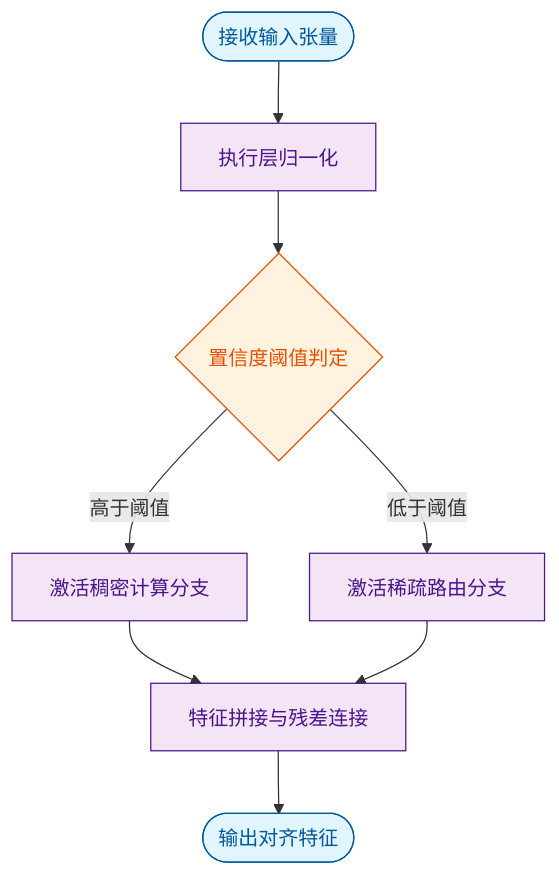
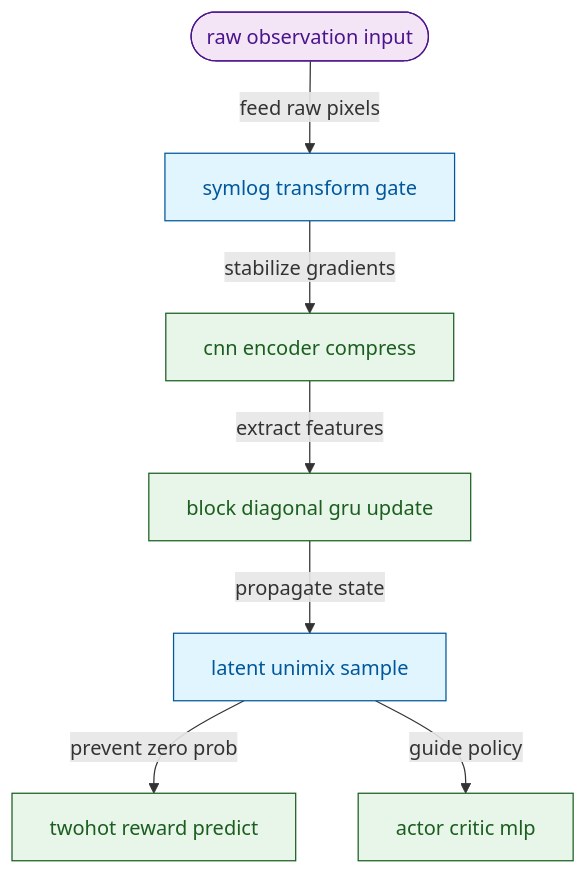
Before and after one commit to ShinewineW/paper-rolling: the eighth of 10 diagrams in person_vault/2026-06-08_MasteringDiverseDomainsThroughWorldModels_2301.04104/report.md, drawn with Mermaid. The commit also changed other lines of this file and 51 other files, not shown here.

````diff
--- a/person_vault/2026-06-08_MasteringDiverseDomainsThroughWorldModels_2301.04104/report.md
+++ b/person_vault/2026-06-08_MasteringDiverseDomainsThroughWorldModels_2301.04104/report.md
@@ -348,22 +555,21 @@
 ```mermaid
 flowchart TD
-    classDef start fill:#e1f5fe,stroke:#01579b,color:#01579b
-    classDef process fill:#f3e5f5,stroke:#4a148c,color:#4a148c
-    classDef decision fill:#fff3e0,stroke:#e65100,color:#e65100
-    classDef data fill:#e8f5e9,stroke:#1b5e20,color:#1b5e20
+  classDef start fill:#f3e5f5,stroke:#4a148c,color:#4a148c
+  classDef gate fill:#e1f5fe,stroke:#01579b,color:#01579b
+  classDef process fill:#e8f5e9,stroke:#1b5e20,color:#1b5e20
 
-    input_tensor(["接收输入张量"]):::start
-    norm_layer["执行层归一化"]:::process
-    gate_check{置信度阈值判定}:::decision
-    dense_path["激活稠密计算分支"]:::process
-    sparse_path["激活稀疏路由分支"]:::process
-    merge_out["特征拼接与残差连接"]:::process
-    output_tensor(["输出对齐特征"]):::start
+  obs_input(["raw observation input"]):::start
+  symlog_gate["symlog transform gate"]:::gate
+  cnn_encoder["cnn encoder compress"]:::process
+  block_gru["block diagonal gru update"]:::process
+  latent_unimix["latent unimix sample"]:::gate
+  twohot_pred["twohot reward predict"]:::process
+  actor_critic["actor critic mlp"]:::process
 
-    input_tensor --> norm_layer --> gate_check
-    gate_check -- 高于阈值 --> dense_path
-    gate_check -- 低于阈值 --> sparse_path
-    dense_path --> merge_out
-    sparse_path --> merge_out
-    merge_out --> output_tensor
+  obs_input -->|feed raw pixels| symlog_gate
+  symlog_gate -->|stabilize gradients| cnn_encoder
+  cnn_encoder -->|extract features| block_gru
+  block_gru -->|propagate state| latent_unimix
+  latent_unimix -->|prevent zero prob| twohot_pred
+  latent_unimix -->|guide policy| actor_critic
 ```
````
